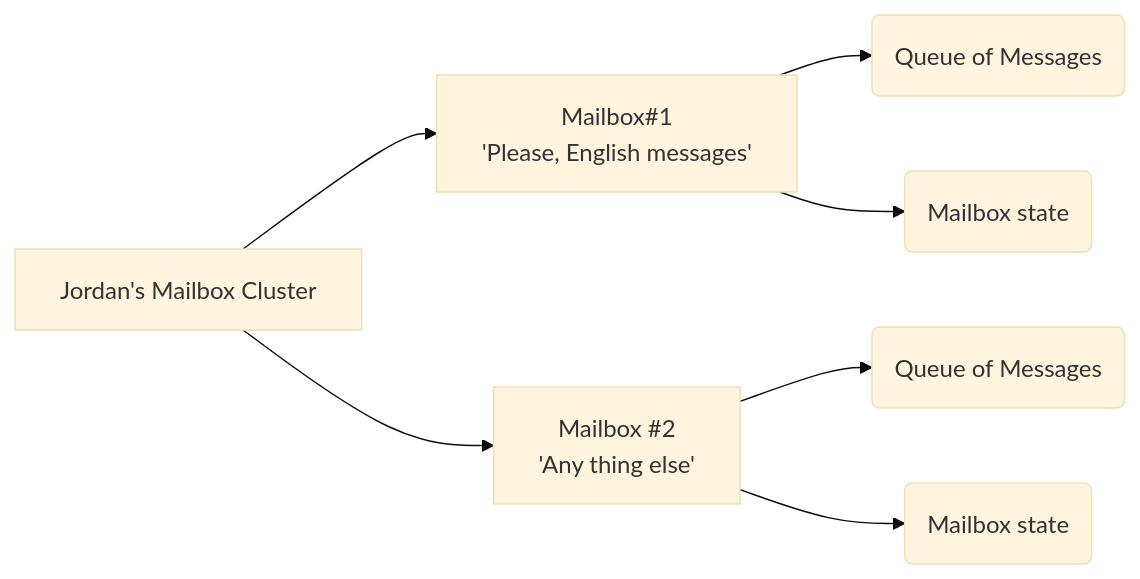
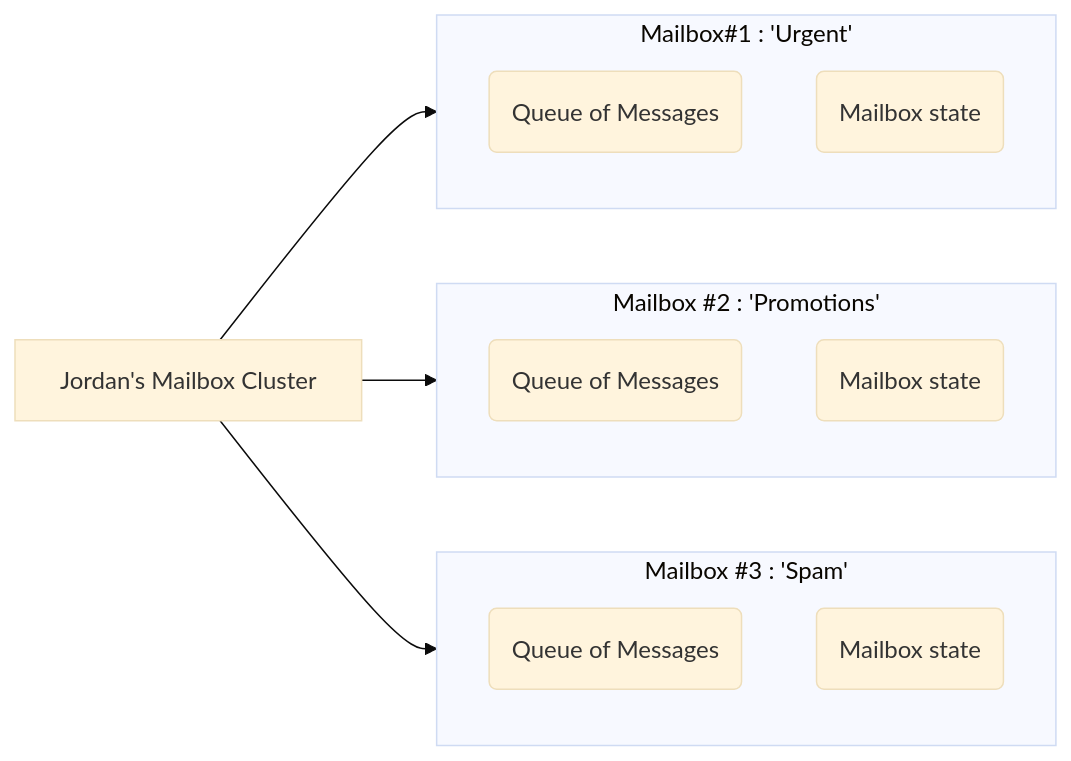
Before and after one commit to anoma/nspec: the diagram in docs/anomian.juvix.md, drawn with Mermaid (base theme). The commit also changed other lines of this file, not shown here.

````diff
--- a/docs/anomian.juvix.md
+++ b/docs/anomian.juvix.md
@@ -328,9 +373,21 @@
 ```mermaid
 graph LR
-    MailboxCluster["Jordan's Mailbox Cluster"] --> Mailbox1["Mailbox#1<br>'Please, English messages'"]
-    MailboxCluster --> Mailbox2["Mailbox #2<br>'Any thing else'"]
-    Mailbox1 --> Queue1("Queue of Messages")
-    Mailbox1 --> Data1("Mailbox state")
-    Mailbox2 --> Queue2("Queue of Messages")
-    Mailbox2 --> Data2("Mailbox state")
+    MailboxCluster["Jordan's Mailbox Cluster"] --> Mailbox1
+    MailboxCluster --> Mailbox2
+    MailboxCluster --> Mailbox3
+
+    subgraph Mailbox1["Mailbox#1 : 'Urgent'"]
+        Queue1("Queue of Messages")
+        Data1("Mailbox state")
+    end
+
+    subgraph Mailbox2["Mailbox #2 : 'Promotions'"]
+        Queue2("Queue of Messages")
+        Data2("Mailbox state")
+    end
+
+    subgraph Mailbox3["Mailbox #3 : 'Spam'"]
+        Queue3("Queue of Messages")
+        Data3("Mailbox state")
+    end
 ```
````
